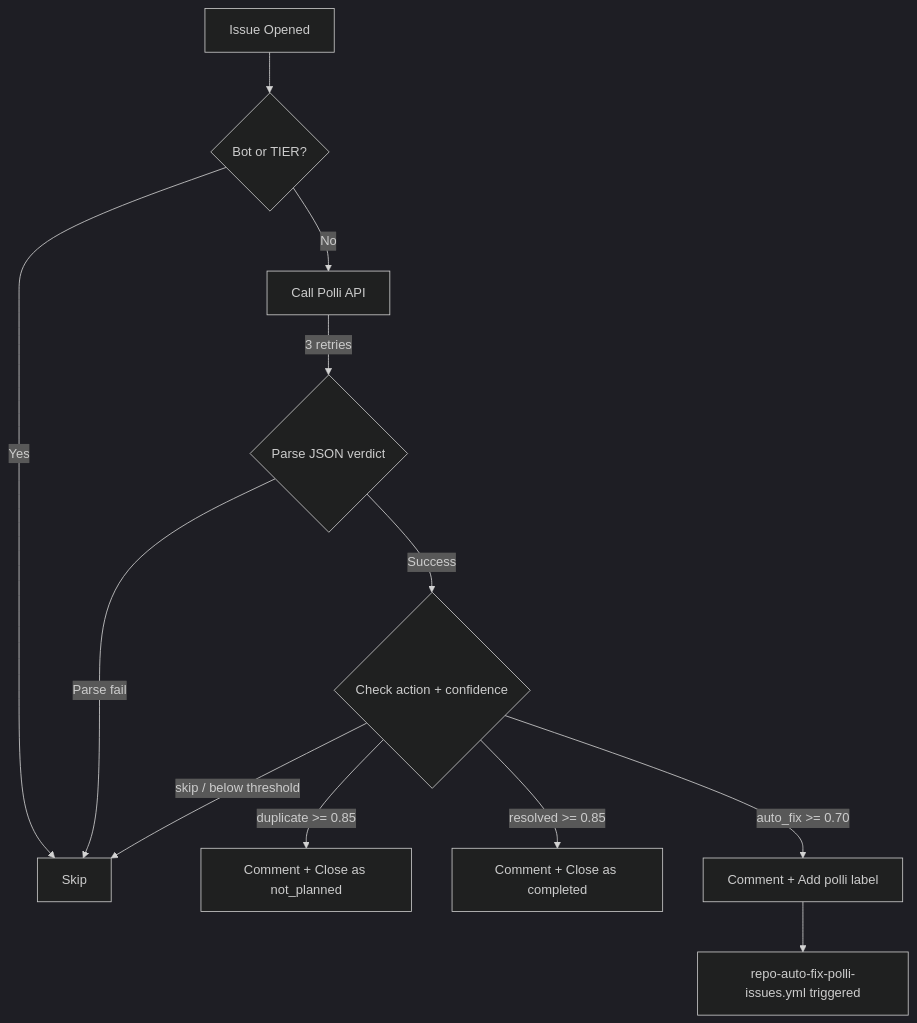
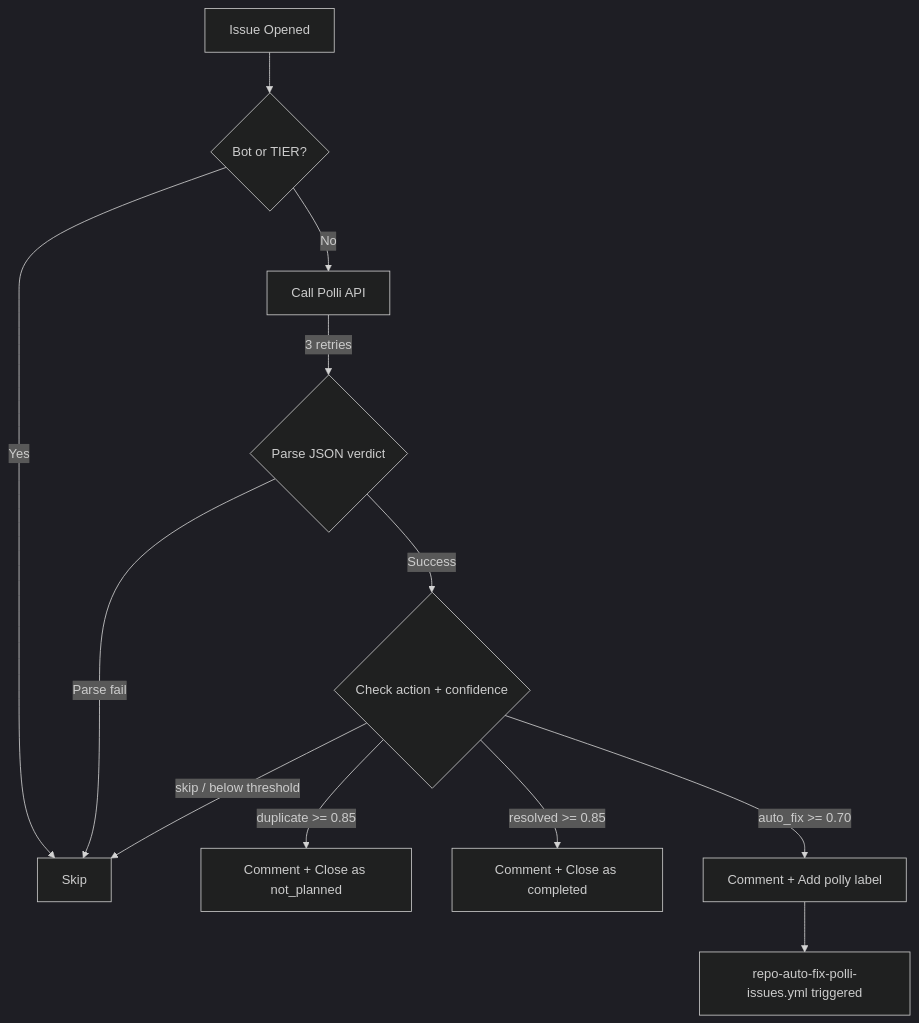
Before and after one commit to pollinations/pollinations: the first of 4 diagrams in .github/docs/TRIAGE.md, drawn with Mermaid. The commit also changed 3 other files, not shown here.

````diff
--- a/.github/docs/TRIAGE.md
+++ b/.github/docs/TRIAGE.md
@@ -17,15 +17,15 @@
 ```mermaid
 %%{init: {'theme': 'dark'}}%%
 flowchart TD
     A[Issue Opened] --> B{Bot or TIER?}
     B -->|Yes| C[Skip]
     B -->|No| D[Call Polli API]
     D -->|3 retries| E{Parse JSON verdict}
     E -->|Parse fail| C
     E -->|Success| F{Check action + confidence}
     F -->|duplicate >= 0.85| G[Comment + Close as not_planned]
     F -->|resolved >= 0.85| H[Comment + Close as completed]
-    F -->|auto_fix >= 0.70| I[Comment + Add polli label]
+    F -->|auto_fix >= 0.70| I[Comment + Add polly label]
     F -->|skip / below threshold| C
     I --> J[repo-auto-fix-polli-issues.yml triggered]
 ```
````
